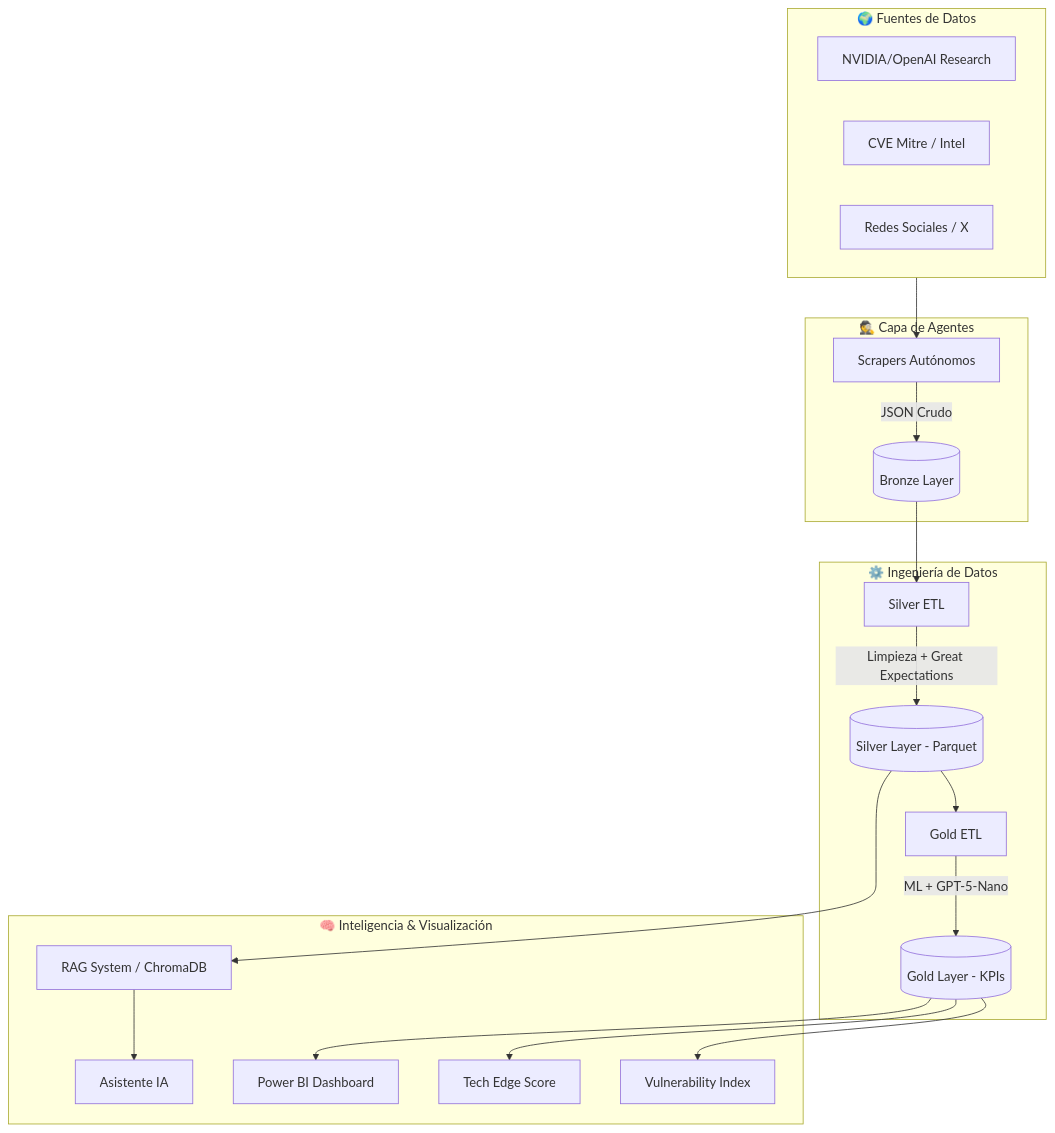
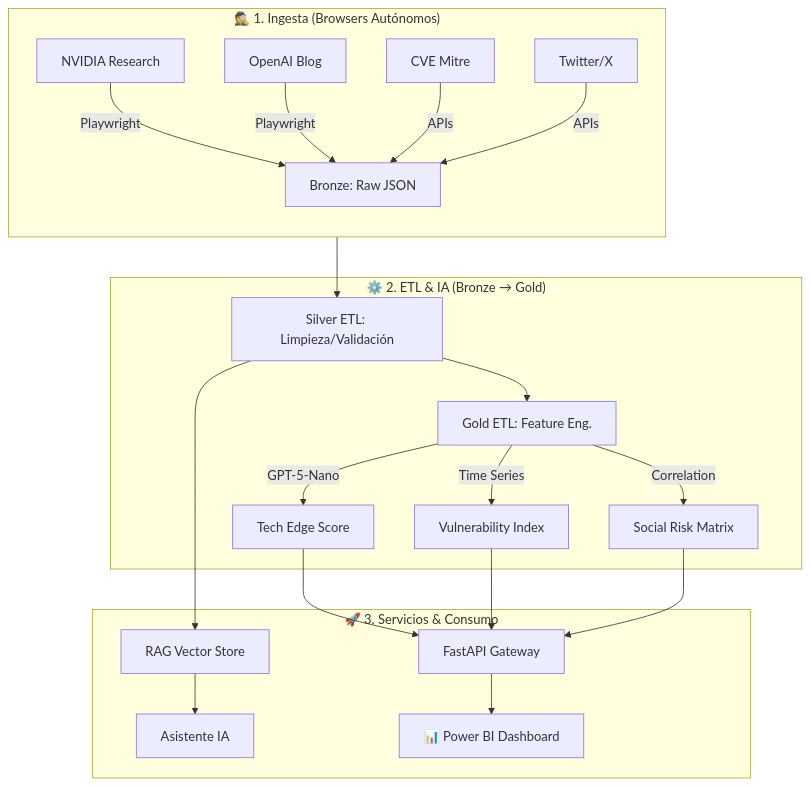
Before and after one commit to dunkelkaiser/ciber_monitoring: the diagram in README.md, drawn with Mermaid. The commit also changed other lines of this file and 7 other files, not shown here.

Commit message:
Add IA chatbot with use tools from API and RAG

````diff
--- a/README.md
+++ b/README.md
@@ -26,29 +21,23 @@
 ```mermaid
 graph TD
-    subgraph Fuentes ["🌍 Fuentes de Datos"]
-        A[NVIDIA/OpenAI Research] 
-        B[CVE Mitre / Intel]
-        C[Redes Sociales / X]
+    subgraph Ingesta_Automatizada ["🕵️ 1. Ingesta (Browsers Autónomos)"]
+        direction TB
+        A[NVIDIA Research] & B[OpenAI Blog] -->|Playwright| C[Bronze: Raw JSON]
+        D[CVE Mitre] & E[Twitter/X] -->|APIs| C
     end
 
-    subgraph Ingesta ["🕵️ Capa de Agentes"]
-        D[Scrapers Autónomos] -->|JSON Crudo| E[(Bronze Layer)]
+    subgraph Procesamiento_Datos ["⚙️ 2. ETL & IA (Bronze → Gold)"]
+        C --> F[Silver ETL: Limpieza/Validación]
+        F --> G[Gold ETL: Feature Eng.]
+        G -->|GPT-5-Nano| H[Tech Edge Score]
+        G -->|Time Series| I[Vulnerability Index]
+        G -->|Correlation| J[Social Risk Matrix]
     end
 
-    subgraph Proceso ["⚙️ Ingeniería de Datos"]
-        E --> F[Silver ETL]
-        F -->|Limpieza + Great Expectations| G[(Silver Layer - Parquet)]
-        G --> H[Gold ETL]
-        H -->|ML + GPT-5-Nano| I[(Gold Layer - KPIs)]
+    subgraph Capa_Servicios ["🚀 3. Servicios & Consumo"]
+        H & I & J --> K[FastAPI Gateway]
+        F --> L[RAG Vector Store]
+        L --> M[Asistente IA]
+        K --> N[📊 Power BI Dashboard]
     end
-
-    subgraph Consumo ["🧠 Inteligencia & Visualización"]
-        I --> J[Vulnerability Index]
-        I --> K[Tech Edge Score]
-        G --> L[RAG System / ChromaDB]
-        L --> M[Asistente IA]
-        I --> N[Power BI Dashboard]
-    end
-
-    Fuentes --> D
 ```
````
